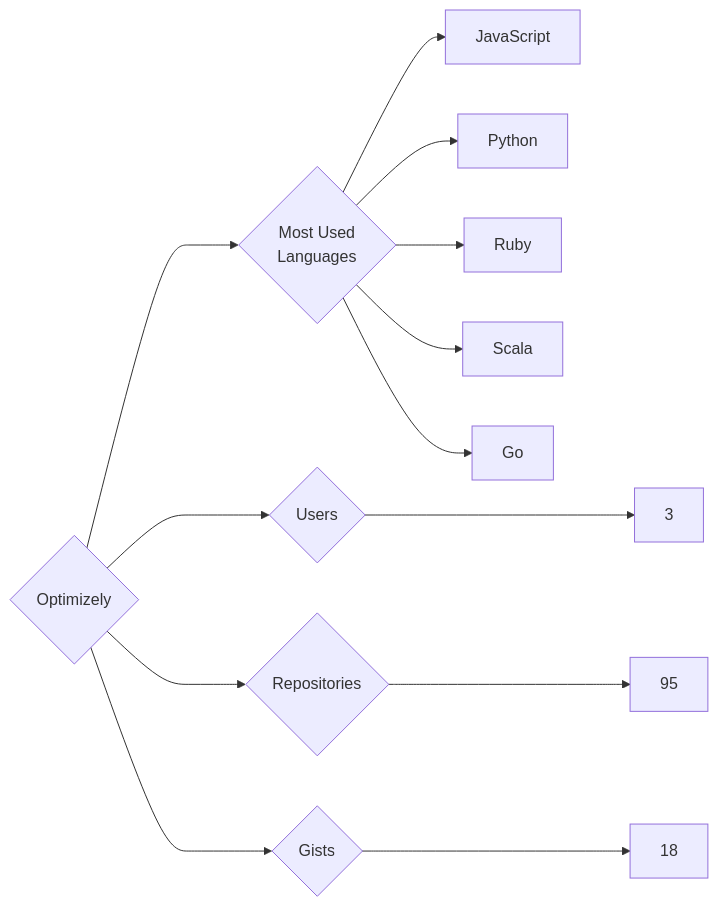
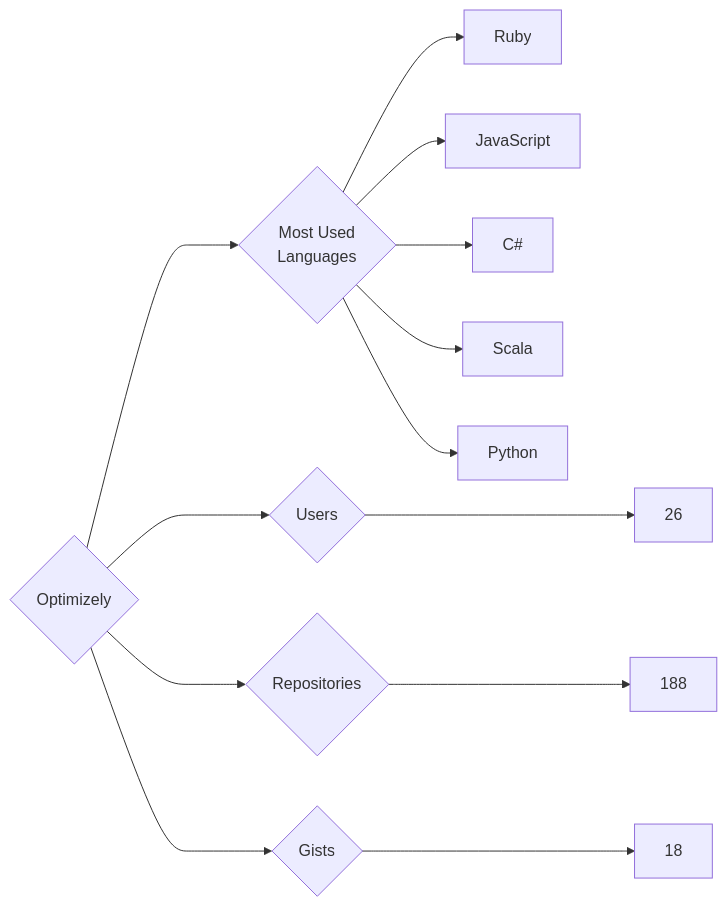
The diagram in targets/Optimizely/README.md (trickest/insiders), drawn with Mermaid before and after one commit. The commit also changed 823 other files, not shown here.

````diff
--- a/targets/Optimizely/README.md
+++ b/targets/Optimizely/README.md
@@ -3,13 +3,13 @@
 ```mermaid
 graph LR
 COMPANY_NAME{Optimizely}
-COMPANY_NAME ---> U{Users} ---> UN[3]
-COMPANY_NAME ---> R{Repositories} ---> RN[95]
+COMPANY_NAME ---> U{Users} ---> UN[26]
+COMPANY_NAME ---> R{Repositories} ---> RN[188]
 COMPANY_NAME ---> G{Gists} ---> GN[18]
 COMPANY_NAME ---> ML{Most Used<br>Languages}
+ML --> Ruby[Ruby]
 ML --> JavaScript[JavaScript]
+ML --> C#[C#]
+ML --> Scala[Scala]
 ML --> Python[Python]
-ML --> Ruby[Ruby]
-ML --> Scala[Scala]
-ML --> Go[Go]
 ```
````
